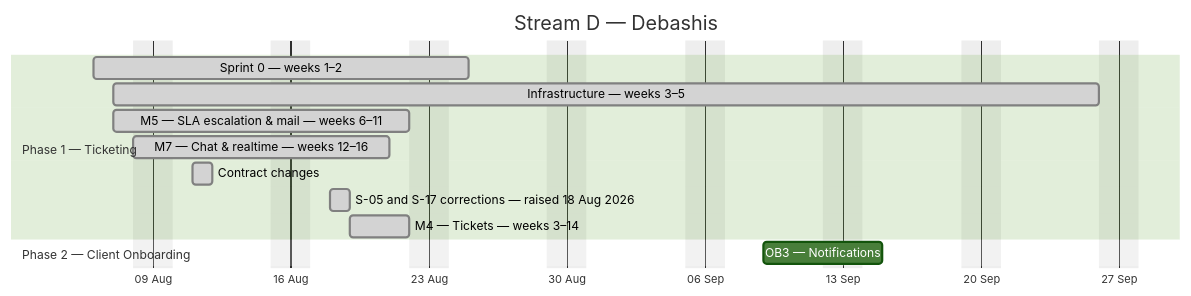
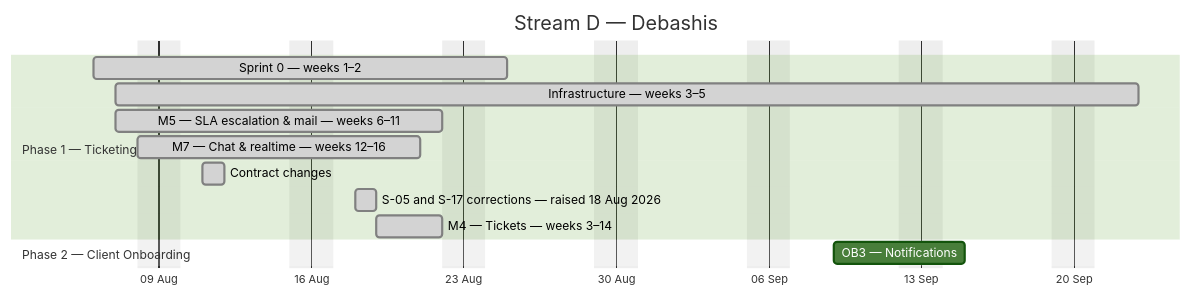
One commit to debashisedunext/EduTrack changed the fourth of 4 diagrams in docs/plan/GANTT.md. Above: the diagram before and after it, drawn with Mermaid (forest theme). The commit also changed other lines of this file and 3 other files, not shown here.

````diff
--- a/docs/plan/GANTT.md
+++ b/docs/plan/GANTT.md
@@ -181,17 +179,17 @@
 ```mermaid
 gantt
     dateFormat YYYY-MM-DD
     axisFormat %d %b
     title Stream D — Debashis
     excludes weekends
     section Phase 1 — Ticketing
     Sprint 0 — weeks 1–2 :done, d0, 2026-08-06, 13d
-    Infrastructure — weeks 3–5 :done, d1, 2026-08-07, 36d
+    Infrastructure — weeks 3–5 :done, d1, 2026-08-07, 33d
     M5 — SLA  escalation & mail — weeks 6–11 :done, d2, 2026-08-07, 11d
     M7 — Chat & realtime — weeks 12–16 :done, d3, 2026-08-08, 10d
     Contract changes :done, d4, 2026-08-11, 1d
     S-05 and S-17 corrections — raised 18 Aug 2026 :done, d5, 2026-08-18, 1d
     M4 — Tickets — weeks 3–14 :done, d6, 2026-08-19, 3d
     section Phase 2 — Client Onboarding
     OB3 — Notifications :d7, 2026-09-09, 4d
 ```
````
